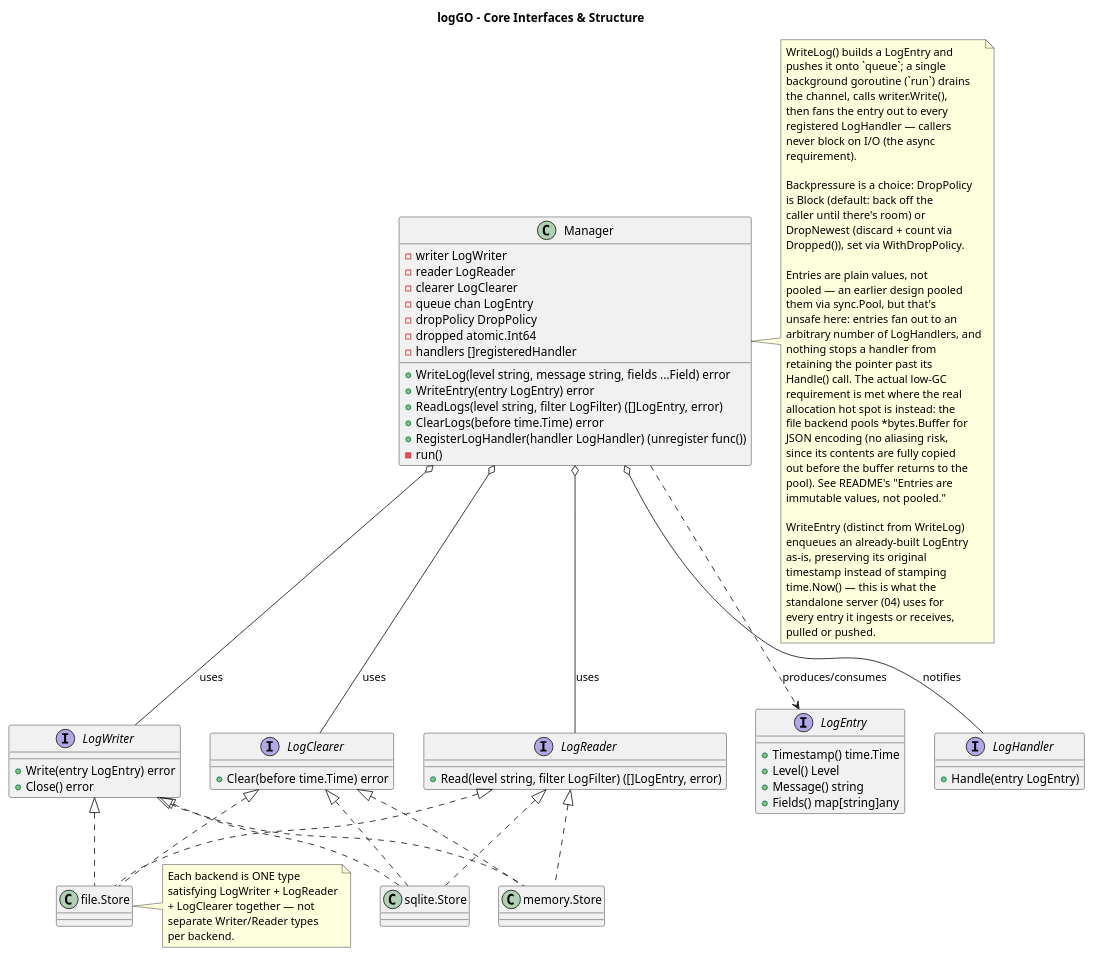
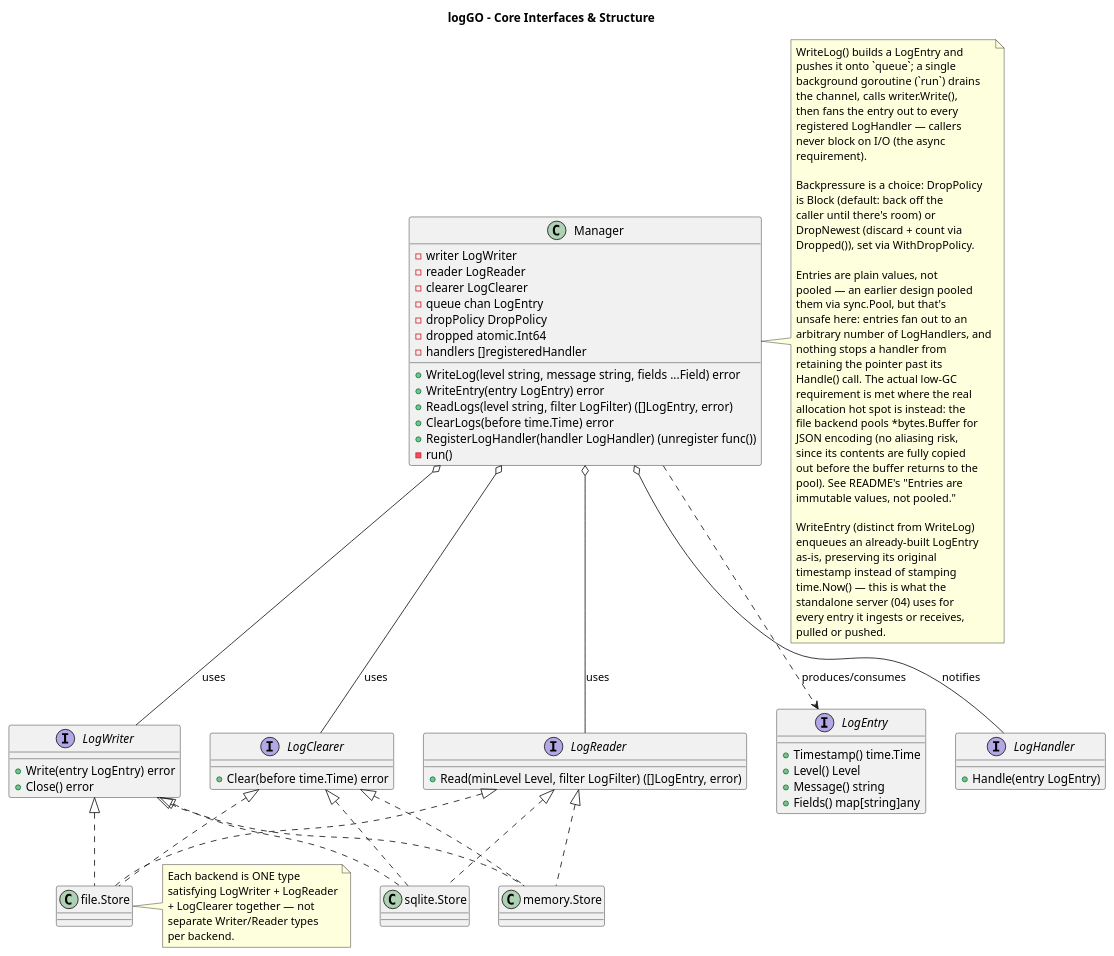
One commit to ttfancy/logGO changed the diagram in docs/diagrams/01-logGO-structure.puml. Above: the diagram before and after it, drawn with PlantUML. The commit also changed 2 other files, not shown here.

Commit message:
Fix diagram drift found by a full diagram-vs-code audit
01-logGO-structure.puml: LogReader.Read's first parameter is Level,
not string -- Manager.ReadLogs converts the caller's string via
parseLevel() before calling it.

02-logGO-write-sequence.puml: handlers are only notified after a
successful Write; the diagram showed Handle() being called
unconditionally, but manager.go's run() loop skips straight to the
next entry on a write error without ever notifying a handler.

04-server-components.puml: noted the previously-undocumented
GET /healthz route.

Verified via a fresh read of every referenced source file, not just a
visual pass, and re-checked with `plantuml -checkonly`.

```diff
--- a/docs/diagrams/01-logGO-structure.puml
+++ b/docs/diagrams/01-logGO-structure.puml
@@ -1,115 +1,115 @@
 @startuml
 title logGO - Core Interfaces & Structure
 
 interface LogEntry {
   +Timestamp() time.Time
   +Level() Level
   +Message() string
   +Fields() map[string]any
 }
 
 interface LogWriter {
   +Write(entry LogEntry) error
   +Close() error
 }
 
 interface LogReader {
-  +Read(level string, filter LogFilter) ([]LogEntry, error)
+  +Read(minLevel Level, filter LogFilter) ([]LogEntry, error)
 }
 
 interface LogClearer {
   +Clear(before time.Time) error
 }
 
 interface LogHandler {
   +Handle(entry LogEntry)
 }
 
 class Manager {
   -writer LogWriter
   -reader LogReader
   -clearer LogClearer
   -queue chan LogEntry
   -dropPolicy DropPolicy
   -dropped atomic.Int64
   -handlers []registeredHandler
   +WriteLog(level string, message string, fields ...Field) error
   +WriteEntry(entry LogEntry) error
   +ReadLogs(level string, filter LogFilter) ([]LogEntry, error)
   +ClearLogs(before time.Time) error
   +RegisterLogHandler(handler LogHandler) (unregister func())
   -run()
 }
 
 class "file.Store" as FileStore
 class "sqlite.Store" as SQLiteStore
 class "memory.Store" as MemoryStore
 
 note right of FileStore
   Each backend is ONE type
   satisfying LogWriter + LogReader
   + LogClearer together — not
   separate Writer/Reader types
   per backend.
 end note
 
 LogWriter <|.. FileStore
 LogReader <|.. FileStore
 LogClearer <|.. FileStore
 LogWriter <|.. SQLiteStore
 LogReader <|.. SQLiteStore
 LogClearer <|.. SQLiteStore
 LogWriter <|.. MemoryStore
 LogReader <|.. MemoryStore
 LogClearer <|.. MemoryStore
 
 Manager o-- LogWriter : uses
 Manager o-- LogReader : uses
 Manager o-- LogClearer : uses
 Manager o-- LogHandler : notifies
 Manager ..> LogEntry : produces/consumes
 
 note right of Manager
   WriteLog() builds a LogEntry and
   pushes it onto `queue`; a single
   background goroutine (`run`) drains
   the channel, calls writer.Write(),
   then fans the entry out to every
   registered LogHandler — callers
   never block on I/O (the async
   requirement).
 
   Backpressure is a choice: DropPolicy
   is Block (default: back off the
   caller until there's room) or
   DropNewest (discard + count via
   Dropped()), set via WithDropPolicy.
 
   Entries are plain values, not
   pooled — an earlier design pooled
   them via sync.Pool, but that's
   unsafe here: entries fan out to an
   arbitrary number of LogHandlers, and
   nothing stops a handler from
   retaining the pointer past its
   Handle() call. The actual low-GC
   requirement is met where the real
   allocation hot spot is instead: the
   file backend pools *bytes.Buffer for
   JSON encoding (no aliasing risk,
   since its contents are fully copied
   out before the buffer returns to the
   pool). See README's "Entries are
   immutable values, not pooled."
 
   WriteEntry (distinct from WriteLog)
   enqueues an already-built LogEntry
   as-is, preserving its original
   timestamp instead of stamping
   time.Now() — this is what the
   standalone server (04) uses for
   every entry it ingests or receives,
   pulled or pushed.
 end note
 
 @enduml
```
